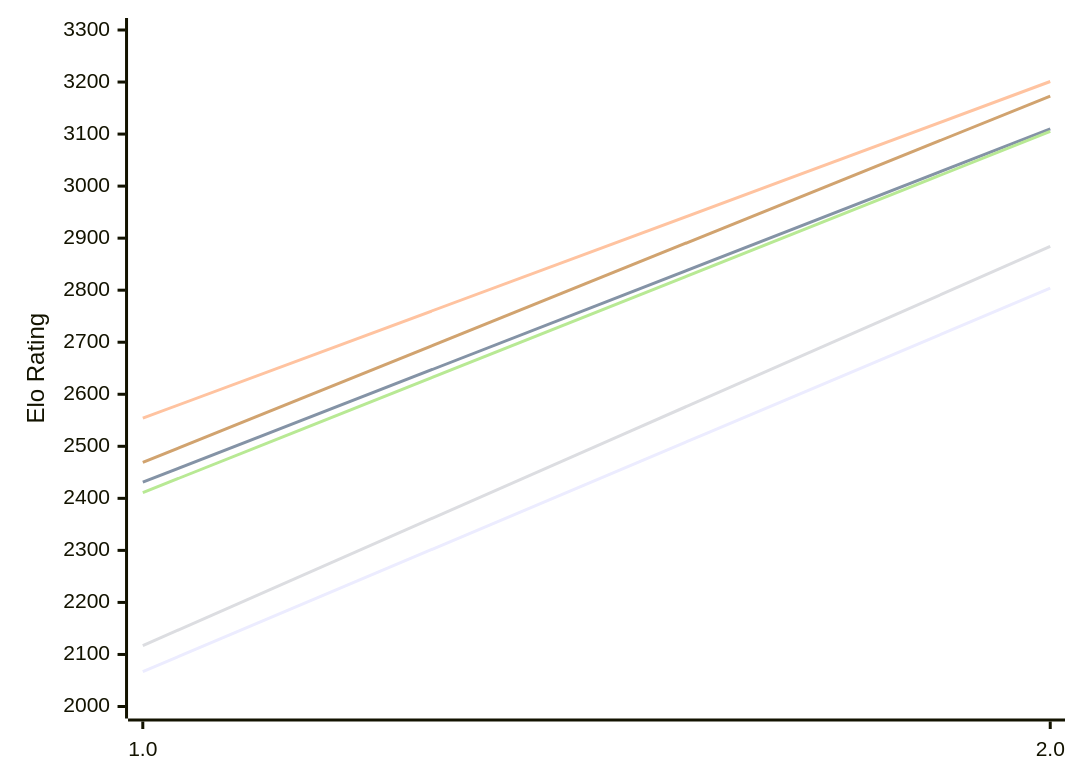
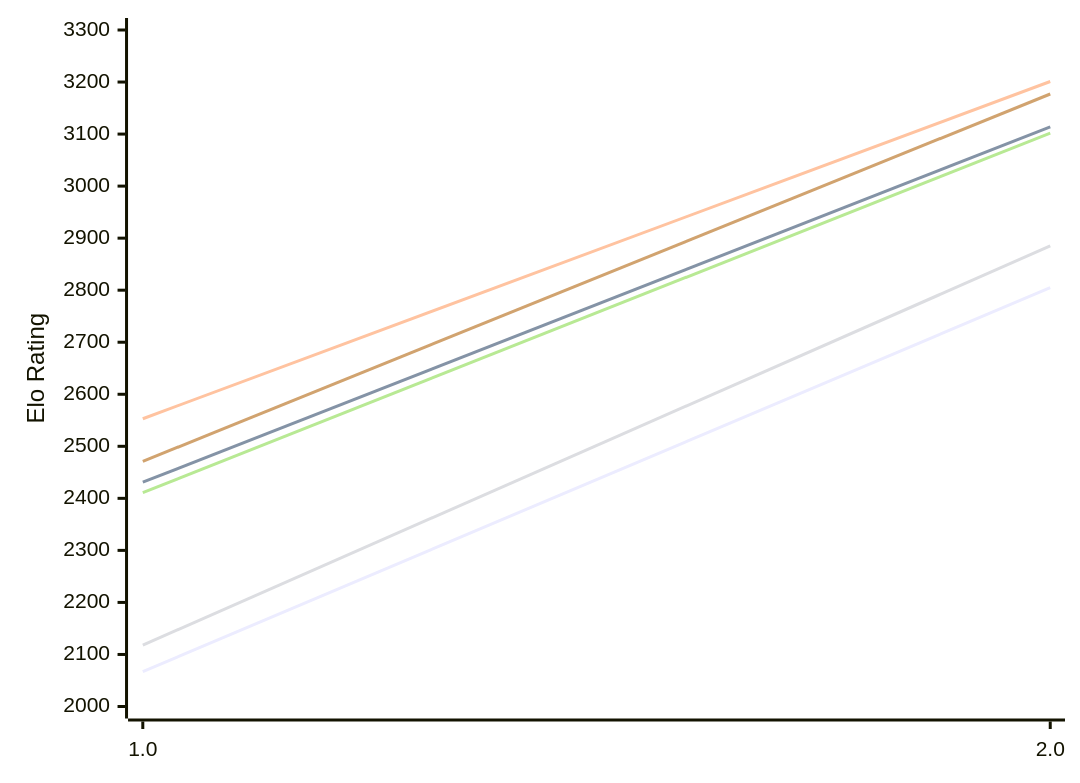
One commit to computer-chess-index/cci changed the diagram in engines/Scarlet.md. Above: the diagram before and after it, drawn with Mermaid. The commit also changed other lines of this file, not shown here.

Commit message:
Update CCI Ratings (ELO VLTC) - 2026-11-27

````diff
--- a/engines/Scarlet.md
+++ b/engines/Scarlet.md
@@ -49,12 +49,12 @@
 ```mermaid
 %%{init: {"theme":"base","themeVariables":{"seriesColors:['#a3a3a3','#222221','#faa371']}}}%%
 xychart-beta
   x-axis ["1.0", "2.0"]
   y-axis "Elo Rating" 2000 --> 3300
-  line "E1: STC (8.0+0.08s)" [2067, 2804]
-  line "E1: LTC (60.0+0.60s)" [2431, 3110]
-  line "E1: VLTC (2m24s+1.12s)" [2554, 3201]
-  line "P1: STC (8.0+0.08s)" [2117, 2884]
-  line "P1: LTC (60.0+0.60s)" [2411, 3105]
-  line "P1: VLTC (2m24s+1.12s)" [2469, 3173]
+  line "E1: STC (8.0+0.08s)" [2067, 2805]
+  line "E1: LTC (60.0+0.60s)" [2431, 3114]
+  line "E1: VLTC (2m24s+1.12s)" [2553, 3201]
+  line "P1: STC (8.0+0.08s)" [2118, 2885]
+  line "P1: LTC (60.0+0.60s)" [2411, 3102]
+  line "P1: VLTC (2m24s+1.12s)" [2471, 3177]
 ```
````
